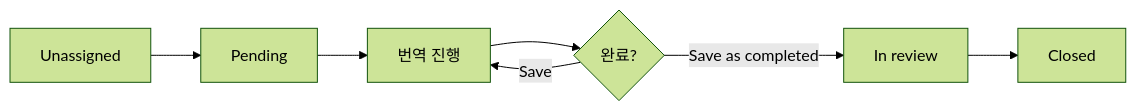
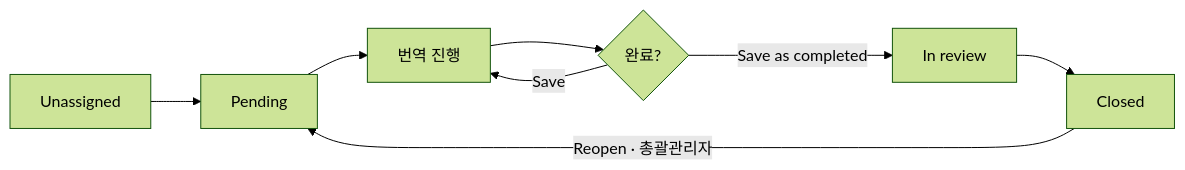
The diagram in src/content/docs/gced/manual/06-translation/02-translator.md (sknkwoxs/manual-book), drawn with Mermaid (forest theme) before and after one commit. The commit also changed other lines of this file and 13 other files, not shown here.

````diff
--- a/src/content/docs/gced/manual/06-translation/02-translator.md
+++ b/src/content/docs/gced/manual/06-translation/02-translator.md
@@ -141,9 +141,10 @@
 ```mermaid
 flowchart LR
     A[Unassigned] --> B[Pending]
     B --> C[번역 진행]
     C --> D{완료?}
     D -->|Save| C
     D -->|Save as completed| E[In review]
     E --> F[Closed]
+    F -->|Reopen · 총괄관리자| B
 ```
````
